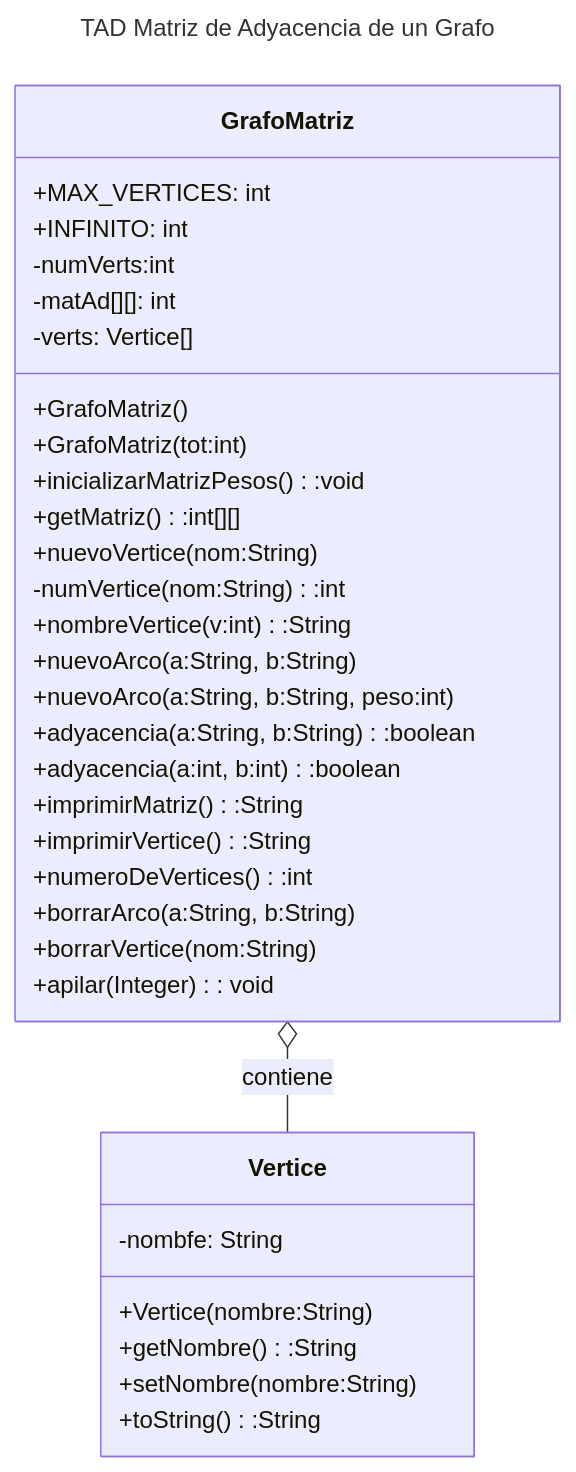
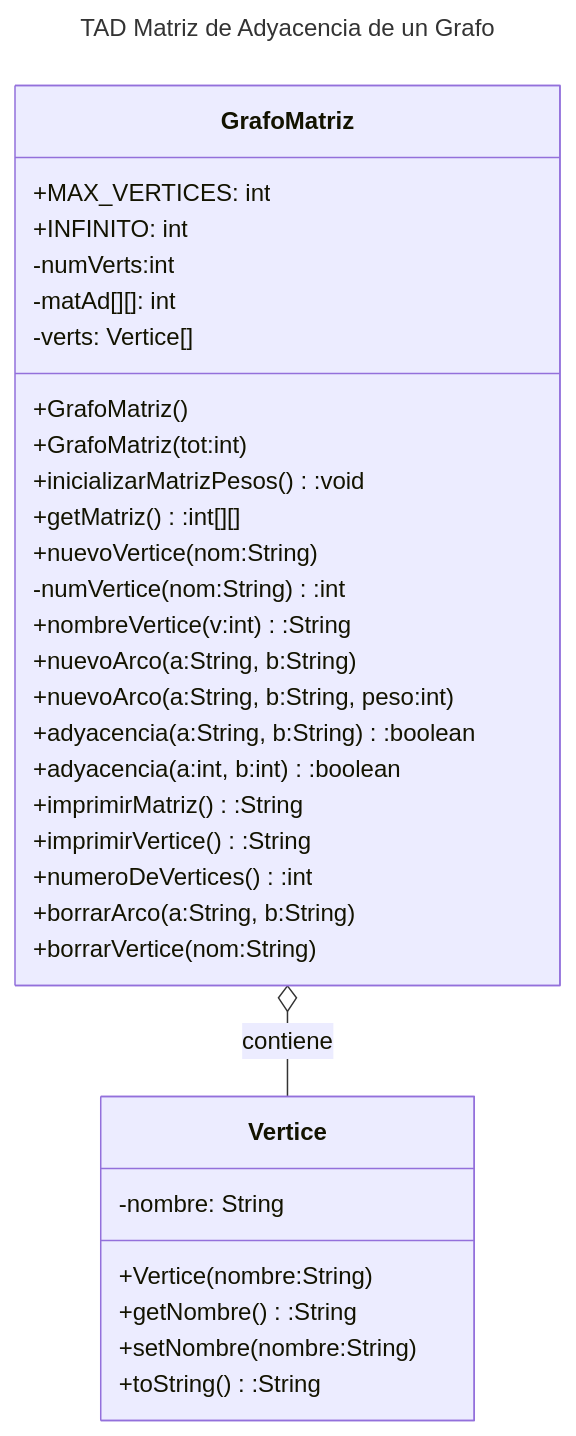
The second of 3 diagrams in README.md (AED1026-EDD-GC-EJ24/GHUB.java.EJ.ENoLineales.MariaLourdesArmentaLindoro-Solucion), drawn with Mermaid before and after one commit.

Commit message:
actualizacion readme

````diff
--- a/README.md
+++ b/README.md
@@ -48,41 +48,39 @@
 ```mermaid
 ---
 title: TAD Matriz de Adyacencia de un Grafo
 ---
 classDiagram
     class GrafoMatriz{
         +MAX_VERTICES: int
         +INFINITO: int
         -numVerts:int
         -matAd[][]: int
         -verts: Vertice[]
         +GrafoMatriz()
         +GrafoMatriz(tot:int)
         +inicializarMatrizPesos():void
         +getMatriz():int[][]
         +nuevoVertice(nom:String)
         -numVertice(nom:String):int
         +nombreVertice(v:int):String
         +nuevoArco(a:String, b:String)
         +nuevoArco(a:String, b:String, peso:int)
         +adyacencia(a:String, b:String):boolean
         +adyacencia(a:int, b:int):boolean
         +imprimirMatriz():String
         +imprimirVertice():String
         +numeroDeVertices():int
         +borrarArco(a:String, b:String)
         +borrarVertice(nom:String)
-
-        +apilar(Integer): void
     }
     class Vertice{
-        -nombfe: String
+        -nombre: String
         +Vertice(nombre:String)
         +getNombre():String
         +setNombre(nombre:String)
         +toString():String
     }
     GrafoMatriz o-- Vertice: contiene
 
 
 ```
````
